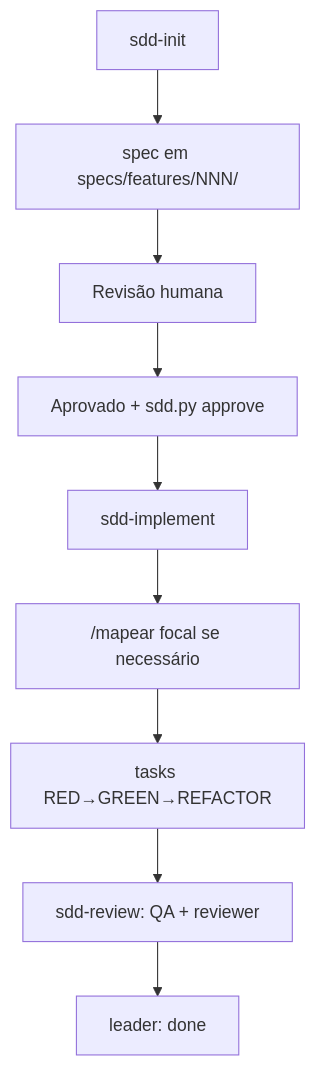
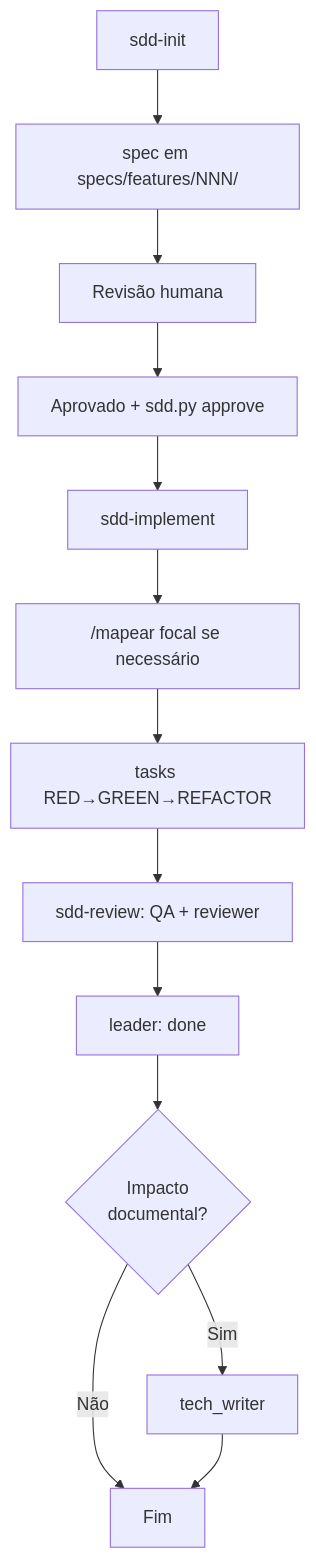
Before and after one commit to samuelmarcos/sdd_harness_engineering: the sixth of 6 diagrams in README.md, drawn with Mermaid. The commit also changed other lines of this file and 10 other files, not shown here.

````diff
--- a/README.md
+++ b/README.md
@@ -528,11 +534,15 @@
 ```mermaid
 flowchart TD
     F1["sdd-init"] --> F2["spec em specs/features/NNN/"]
     F2 --> F3["Revisão humana"]
     F3 --> F4["Aprovado + sdd.py approve"]
     F4 --> F5["sdd-implement"]
     F5 --> F6["/mapear focal se necessário"]
     F6 --> F7["tasks RED→GREEN→REFACTOR"]
     F7 --> F8["sdd-review: QA + reviewer"]
     F8 --> F9["leader: done"]
+    F9 --> F10{Impacto\ndocumental?}
+    F10 -->|Sim| F11["tech_writer"]
+    F10 -->|Não| F12["Fim"]
+    F11 --> F12
 ```
````
